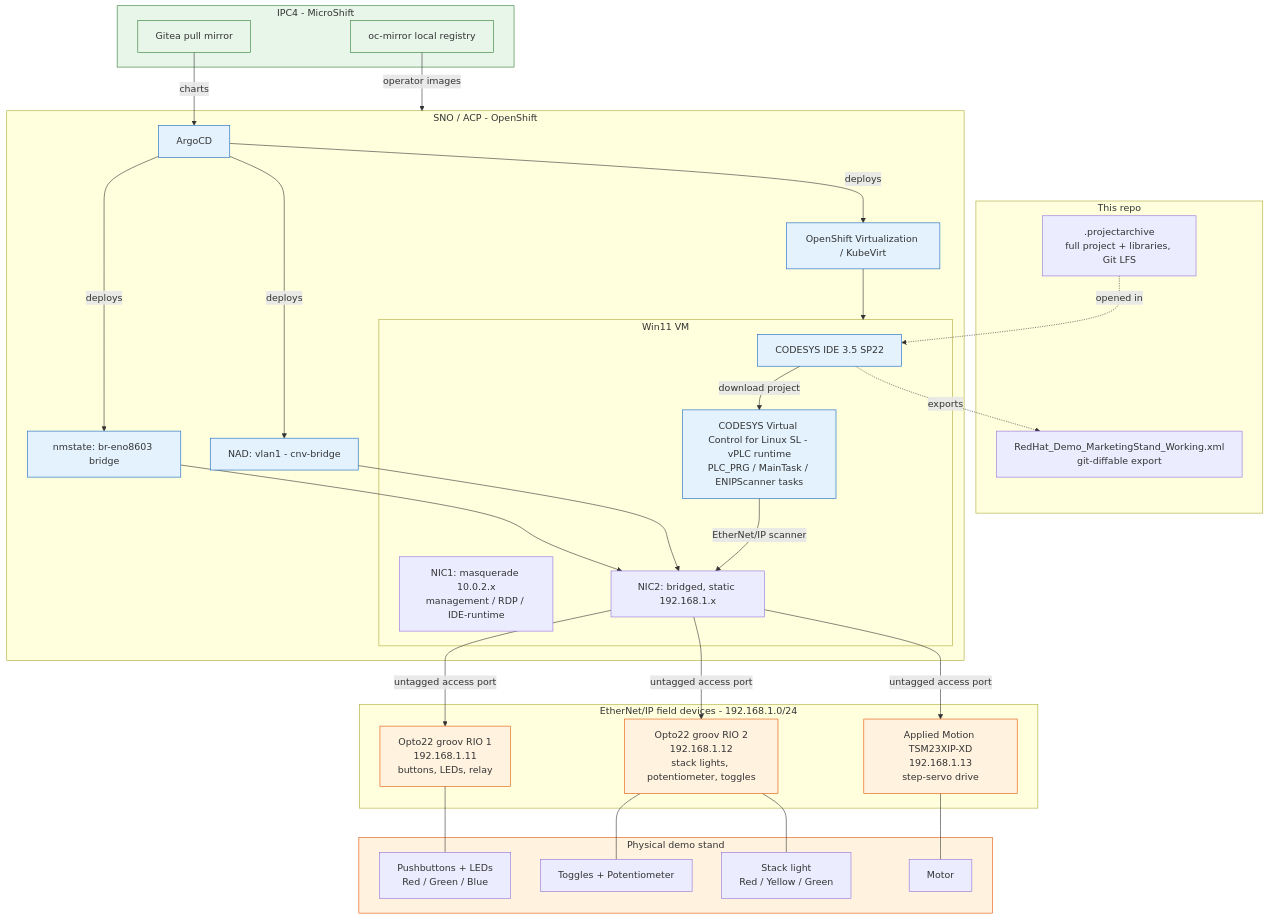
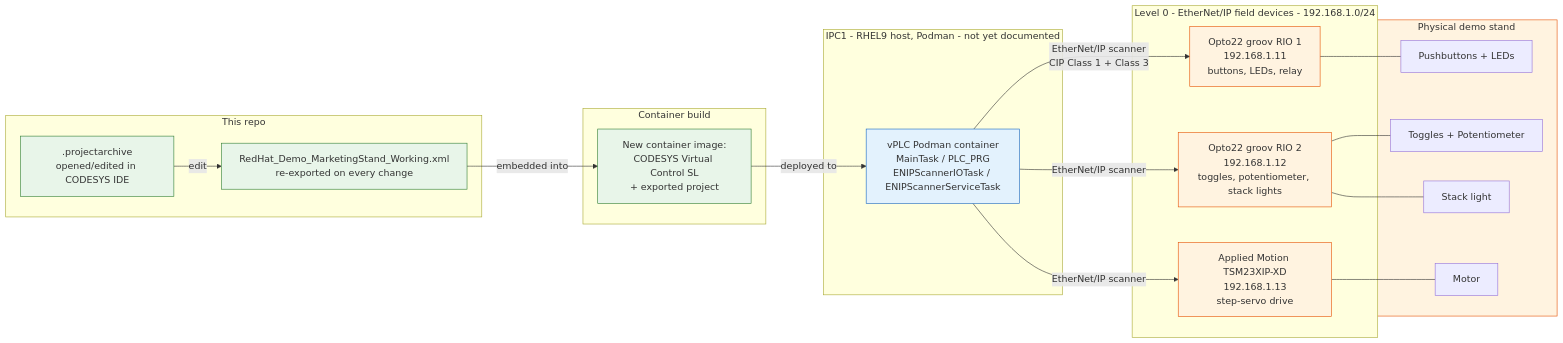
Before and after one commit to RedHatEdge/sps-2025: the diagram in workloads/Codesys/CODESYS-Workflow.md, drawn with Mermaid. The commit also changed other lines of this file, not shown here.

Commit message:
codumenting better codesys code

````diff
--- a/workloads/Codesys/CODESYS-Workflow.md
+++ b/workloads/Codesys/CODESYS-Workflow.md
@@ -60,69 +57,48 @@
 ```mermaid
-flowchart TB
+flowchart LR
   subgraph Repo[This repo]
-    XML[RedHat_Demo_MarketingStand_Working.xml<br/>git-diffable export]
-    ARCHIVE[.projectarchive<br/>full project + libraries, Git LFS]
+    ARCHIVE[.projectarchive<br/>opened/edited in CODESYS IDE]
+    XML[RedHat_Demo_MarketingStand_Working.xml<br/>re-exported on every change]
   end
 
-  subgraph IPC4[IPC4 - MicroShift]
-    GITEA[Gitea pull mirror]
-    MIRROR[oc-mirror local registry]
+  subgraph Build[Container build]
+    IMG[New container image:<br/>CODESYS Virtual Control SL<br/>+ exported project]
   end
 
-  subgraph SNO[SNO / ACP - OpenShift]
-    ARGO[ArgoCD]
-    KVIRT[OpenShift Virtualization / KubeVirt]
-    NMSTATE[nmstate: br-eno8603 bridge]
-    NAD[NAD: vlan1 - cnv-bridge]
-
-    subgraph WIN11[Win11 VM]
-      IDE[CODESYS IDE 3.5 SP22]
-      VPLC[CODESYS Virtual Control for Linux SL - vPLC runtime<br/>PLC_PRG / MainTask / ENIPScanner tasks]
-      NIC1[NIC1: masquerade 10.0.2.x<br/>management / RDP / IDE-runtime]
-      NIC2[NIC2: bridged, static 192.168.1.x]
-    end
+  subgraph IPC1[IPC1 - RHEL9 host, Podman - not yet documented]
+    VPLC[vPLC Podman container<br/>MainTask / PLC_PRG<br/>ENIPScannerIOTask / ENIPScannerServiceTask]
   end
 
-  subgraph Field[EtherNet/IP field devices - 192.168.1.0/24]
+  subgraph Field["Level 0 - EtherNet/IP field devices - 192.168.1.0/24"]
     RIO1[Opto22 groov RIO 1<br/>192.168.1.11<br/>buttons, LEDs, relay]
-    RIO2[Opto22 groov RIO 2<br/>192.168.1.12<br/>stack lights, potentiometer, toggles]
+    RIO2[Opto22 groov RIO 2<br/>192.168.1.12<br/>toggles, potentiometer, stack lights]
     SERVO[Applied Motion TSM23XIP-XD<br/>192.168.1.13<br/>step-servo drive]
   end
 
   subgraph Stand[Physical demo stand]
-    BTNS[Pushbuttons + LEDs<br/>Red / Green / Blue]
+    BTNS[Pushbuttons + LEDs]
     TOGGLES[Toggles + Potentiometer]
-    LIGHTS[Stack light<br/>Red / Yellow / Green]
+    LIGHTS[Stack light]
     MOTOR[Motor]
   end
 
-  GITEA -->|charts| ARGO
-  MIRROR -->|operator images| SNO
-  ARGO -->|deploys| KVIRT
-  ARGO -->|deploys| NMSTATE
-  ARGO -->|deploys| NAD
-  KVIRT --> WIN11
-  NMSTATE --> NIC2
-  NAD --> NIC2
+  ARCHIVE -- edit --> XML
+  XML -- embedded into --> IMG
+  IMG -- deployed to --> VPLC
 
-  IDE -->|download project| VPLC
-  ARCHIVE -. opened in .-> IDE
-  IDE -. exports .-> XML
-
-  VPLC -- EtherNet/IP scanner --> NIC2
-  NIC2 -- untagged access port --> RIO1
-  NIC2 -- untagged access port --> RIO2
-  NIC2 -- untagged access port --> SERVO
+  VPLC -- EtherNet/IP scanner<br/>CIP Class 1 + Class 3 --> RIO1
+  VPLC -- EtherNet/IP scanner --> RIO2
+  VPLC -- EtherNet/IP scanner --> SERVO
 
   RIO1 --- BTNS
   RIO2 --- TOGGLES
   RIO2 --- LIGHTS
   SERVO --- MOTOR
 
-  classDef infra fill:#e8f5e9,stroke:#2e7d32;
   classDef control fill:#e3f2fd,stroke:#1565c0;
   classDef field fill:#fff3e0,stroke:#e65100;
-  class IPC4,GITEA,MIRROR infra;
-  class ARGO,KVIRT,NMSTATE,NAD,IDE,VPLC control;
+  classDef repo fill:#e8f5e9,stroke:#2e7d32;
+  class ARCHIVE,XML,IMG repo;
+  class VPLC control;
   class RIO1,RIO2,SERVO,Stand field;
 ```
````
